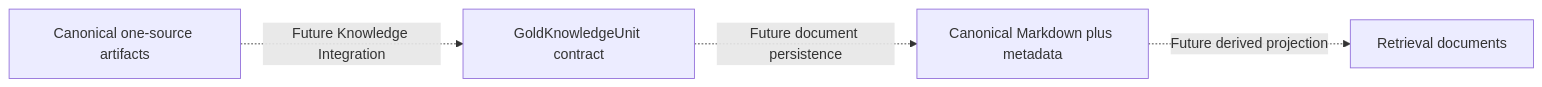
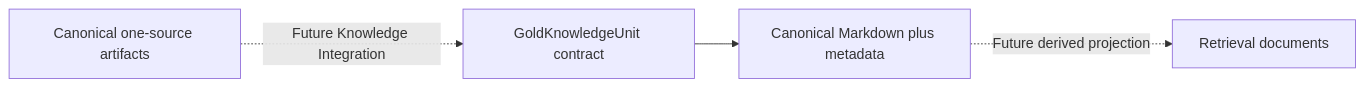
Before and after one commit to alexander-rewitzer/league-knowledge-platform: the third of 5 diagrams in docs/architecture.md, drawn with Mermaid. The commit also changed other lines of this file and 20 other files, not shown here.

Commit message:
Add canonical Gold document pairs and local snapshot storage

````diff
--- a/docs/architecture.md
+++ b/docs/architecture.md
@@ -113,6 +113,6 @@
 ```mermaid
 flowchart LR
     S["Canonical one-source artifacts"] -. "Future Knowledge Integration" .-> U["GoldKnowledgeUnit contract"]
-    U -. "Future document persistence" .-> M["Canonical Markdown plus metadata"]
+    U --> M["Canonical Markdown plus metadata"]
     M -. "Future derived projection" .-> R["Retrieval documents"]
 ```
````
